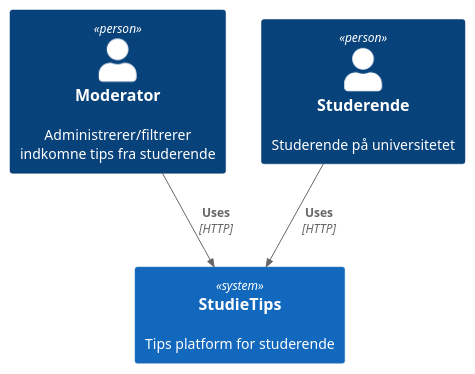
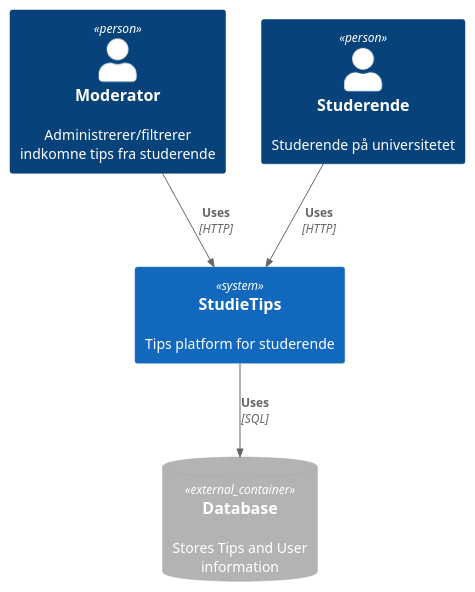
One commit to I4PRJ4/I4PRJ4-plantuml changed the diagram in C4/context.puml. Above: the diagram before and after it, drawn with PlantUML. The commit also changed 1 other file, not shown here.

Commit message:
Modified C4 diagrams

```diff
--- a/C4/context.puml
+++ b/C4/context.puml
@@ -1,15 +1,18 @@
 @startuml System Context Diagram
 !include <C4/C4_Container>
 
 Person(mod, "Moderator", "Administrerer/filtrerer indkomne tips fra studerende")
 Person(student, "Studerende", "Studerende på universitetet")
 
 System(StudieTips, "StudieTips", "Tips platform for studerende")
 
+ContainerDb_Ext(Database, "Database","","Stores Tips and User information")
+
 Rel(mod, StudieTips, "Uses", "HTTP")
 Rel(student, StudieTips, "Uses", "HTTP")
+Rel(StudieTips, Database, "Uses", "SQL")
 
 
 
 
 @enduml
```
